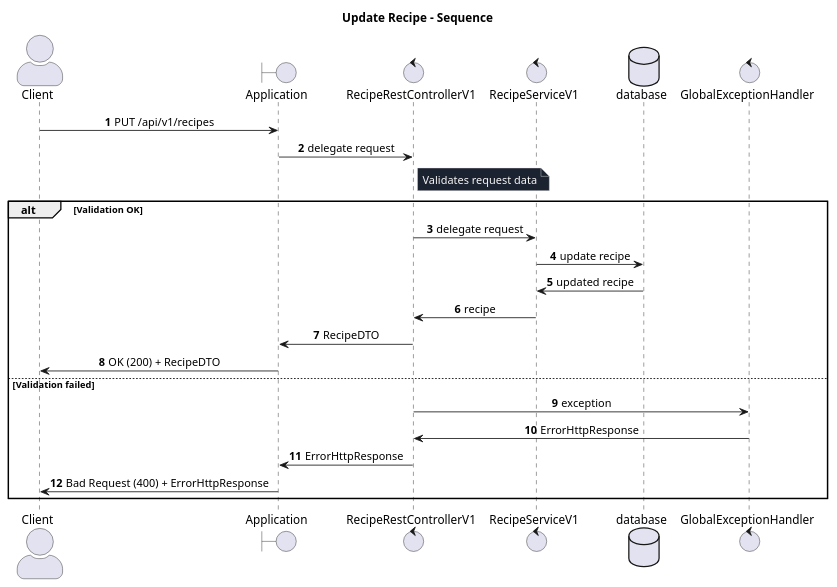
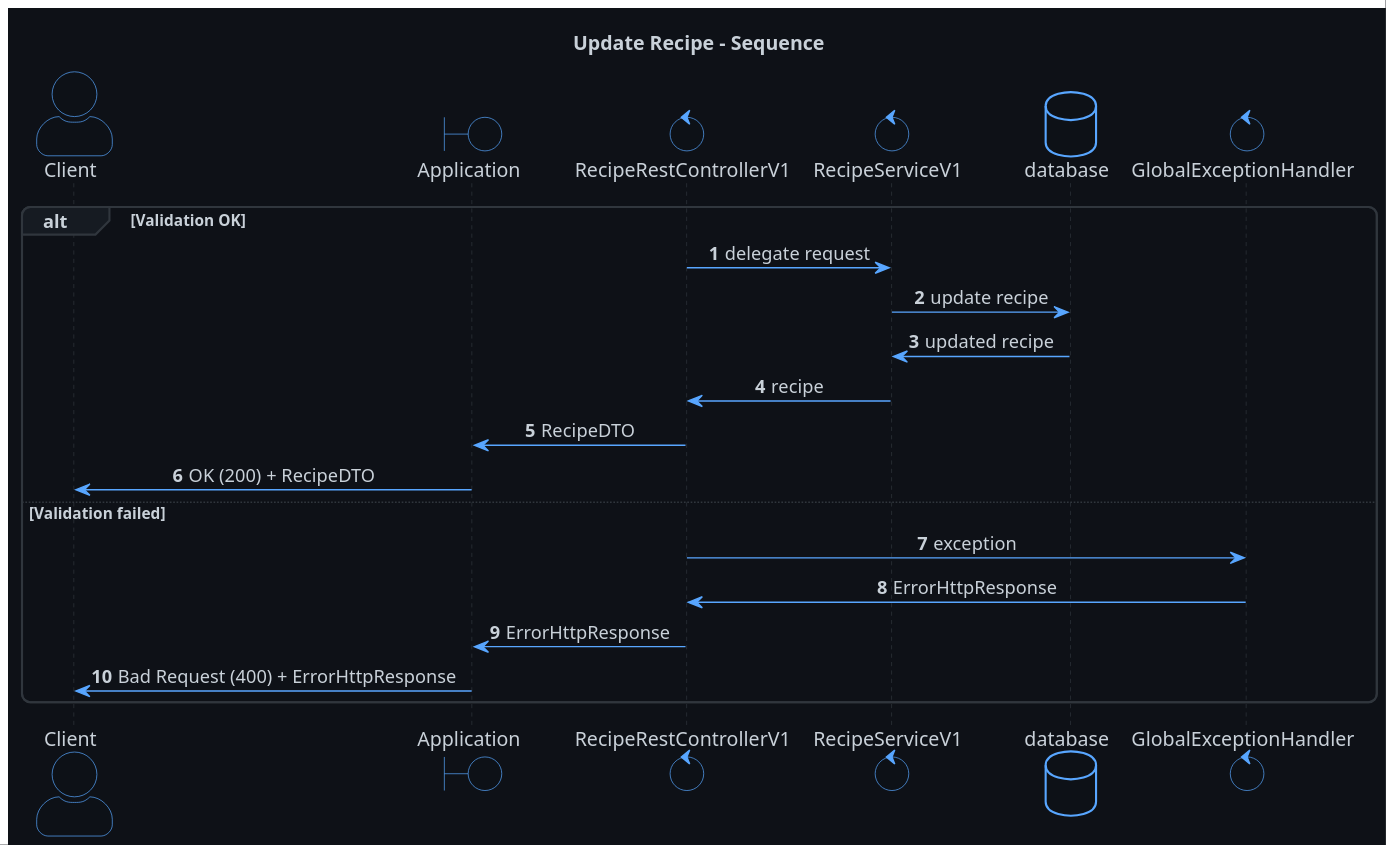
The diagram in docs/api/v1/update-recipe-api-v1-workflow.puml (Askie01/recipe-application), drawn with PlantUML before and after one commit. The commit also changed 14 other files, not shown here.

First line of the commit message:
Update workflow diagrams in Recipe API v1

```diff
--- a/docs/api/v1/update-recipe-api-v1-workflow.puml
+++ b/docs/api/v1/update-recipe-api-v1-workflow.puml
@@ -1,40 +1,63 @@
 @startuml
 title Update Recipe - Sequence
 
 autonumber
 
+skinparam backgroundColor #0E1117
+skinparam shadowing false
+skinparam roundcorner 12
+skinparam dpi 160
+
 skinparam sequence {
   MessageAlign center
+  ArrowColor #58A6FF
+  LifeLineBorderColor #30363D
+  LifeLineBackgroundColor #161B22
+  ActorBorderColor #58A6FF
+  ActorBackgroundColor #0D1117
+  BoxBorderColor #30363D
+  BoxBackgroundColor #0D1117
 }
+
+skinparam TitleFontColor #C9D1D9
+skinparam SequenceGroupBorderColor #30363D
+skinparam SequenceGroupBackgroundColor #161B22
 skinparam NoteBackgroundColor #1C2330
 skinparam NoteBorderColor #E7E7E7
 skinparam NoteFontColor #F5F5F5
 skinparam ActorStyle awesome
+skinparam DefaultFontColor #C9D1D9
+
+skinparam BoundaryBorderColor #58A6FF
+skinparam BoundaryBackgroundColor #0D1117
+
+skinparam ControlBorderColor #58A6FF
+skinparam ControlBackgroundColor #0D1117
+
+skinparam DatabaseBorderColor #58A6FF
+skinparam DatabaseBackgroundColor #0D1117
+
+skinparam ParticipantBorderColor #58A6FF
+skinparam ParticipantBackgroundColor #0D1117
 
 actor Client
 boundary Application
 control RecipeRestControllerV1
 control RecipeServiceV1
 database database
 control GlobalExceptionHandler
-
-Client -> Application : PUT /api/v1/recipes
-Application -> RecipeRestControllerV1 : delegate request
-note right of RecipeRestControllerV1
-Validates request data
-end note
 
 alt Validation OK
   RecipeRestControllerV1 -> RecipeServiceV1 : delegate request
   RecipeServiceV1 -> database : update recipe
   database -> RecipeServiceV1 : updated recipe
   RecipeServiceV1 -> RecipeRestControllerV1 : recipe
   RecipeRestControllerV1 -> Application : RecipeDTO
   Application -> Client : OK (200) + RecipeDTO
 else Validation failed
   RecipeRestControllerV1 -> GlobalExceptionHandler : exception
   GlobalExceptionHandler -> RecipeRestControllerV1 : ErrorHttpResponse
   RecipeRestControllerV1 -> Application : ErrorHttpResponse
   Application -> Client : Bad Request (400) + ErrorHttpResponse
 end
 @enduml
```
